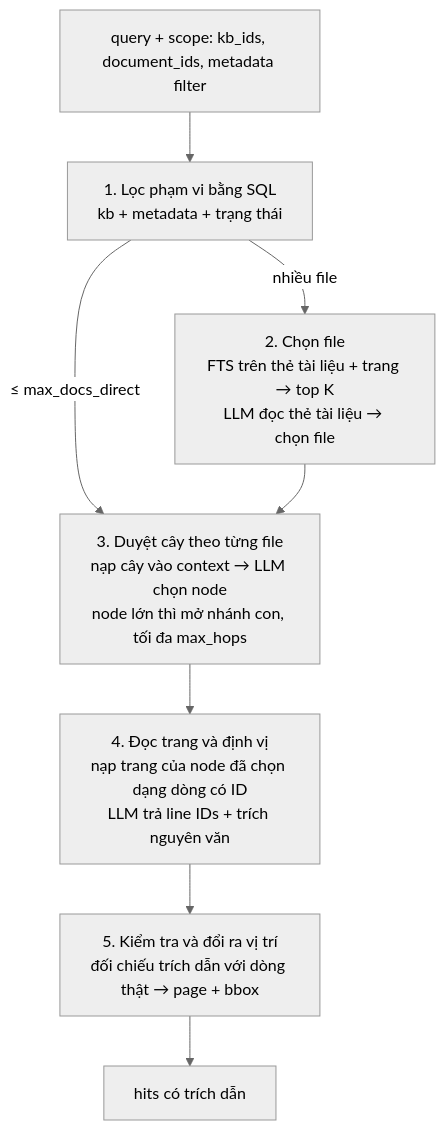
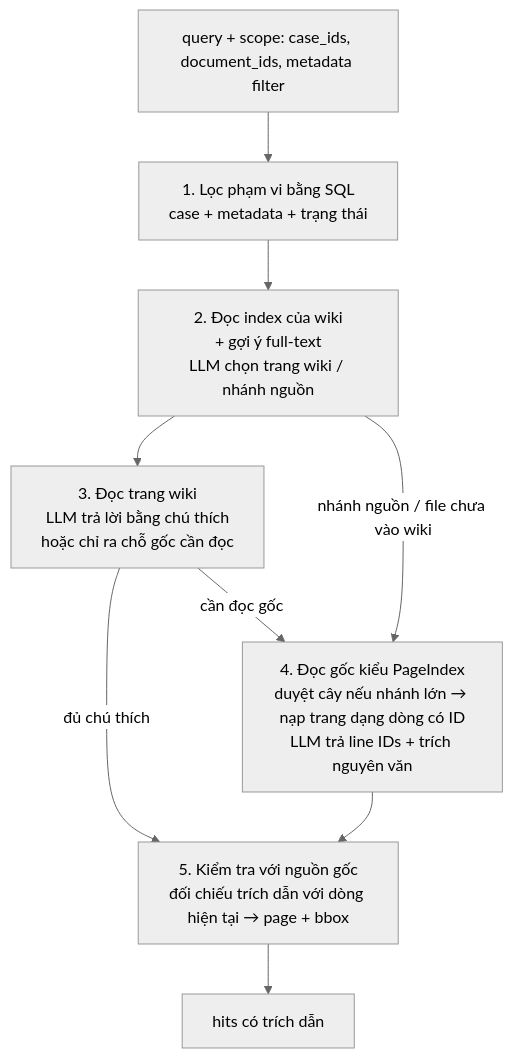
One commit to thanhbgtnut/bepaylot changed the third of 3 diagrams in spec/spec.md. Above: the diagram before and after it, drawn with Mermaid (neutral theme). The commit also changed other lines of this file and 180 other files, not shown here.

````diff
--- a/spec/spec.md
+++ b/spec/spec.md
@@ -698,10 +1141,11 @@
 ```mermaid
 flowchart TD
-  Q[query + scope: kb_ids, document_ids, metadata filter] --> S1[1. Lọc phạm vi bằng SQL<br/>kb + metadata + trạng thái]
-  S1 -->|≤ max_docs_direct| S3
-  S1 -->|nhiều file| S2[2. Chọn file<br/>FTS trên thẻ tài liệu + trang → top K<br/>LLM đọc thẻ tài liệu → chọn file]
-  S2 --> S3[3. Duyệt cây theo từng file<br/>nạp cây vào context → LLM chọn node<br/>node lớn thì mở nhánh con, tối đa max_hops]
-  S3 --> S4[4. Đọc trang và định vị<br/>nạp trang của node đã chọn dạng dòng có ID<br/>LLM trả line IDs + trích nguyên văn]
-  S4 --> S5[5. Kiểm tra và đổi ra vị trí<br/>đối chiếu trích dẫn với dòng thật → page + bbox]
+  Q[query + scope: case_ids, document_ids, metadata filter] --> S1[1. Lọc phạm vi bằng SQL<br/>case + metadata + trạng thái]
+  S1 --> S2[2. Đọc index của wiki<br/>+ gợi ý full-text<br/>LLM chọn trang wiki / nhánh nguồn]
+  S2 --> S3[3. Đọc trang wiki<br/>LLM trả lời bằng chú thích<br/>hoặc chỉ ra chỗ gốc cần đọc]
+  S3 -->|đủ chú thích| S5
+  S3 -->|cần đọc gốc| S4[4. Đọc gốc kiểu PageIndex<br/>duyệt cây nếu nhánh lớn → nạp trang dạng dòng có ID<br/>LLM trả line IDs + trích nguyên văn]
+  S2 -->|nhánh nguồn / file chưa vào wiki| S4
+  S4 --> S5[5. Kiểm tra với nguồn gốc<br/>đối chiếu trích dẫn với dòng hiện tại → page + bbox]
   S5 --> R[hits có trích dẫn]
 ```
````
